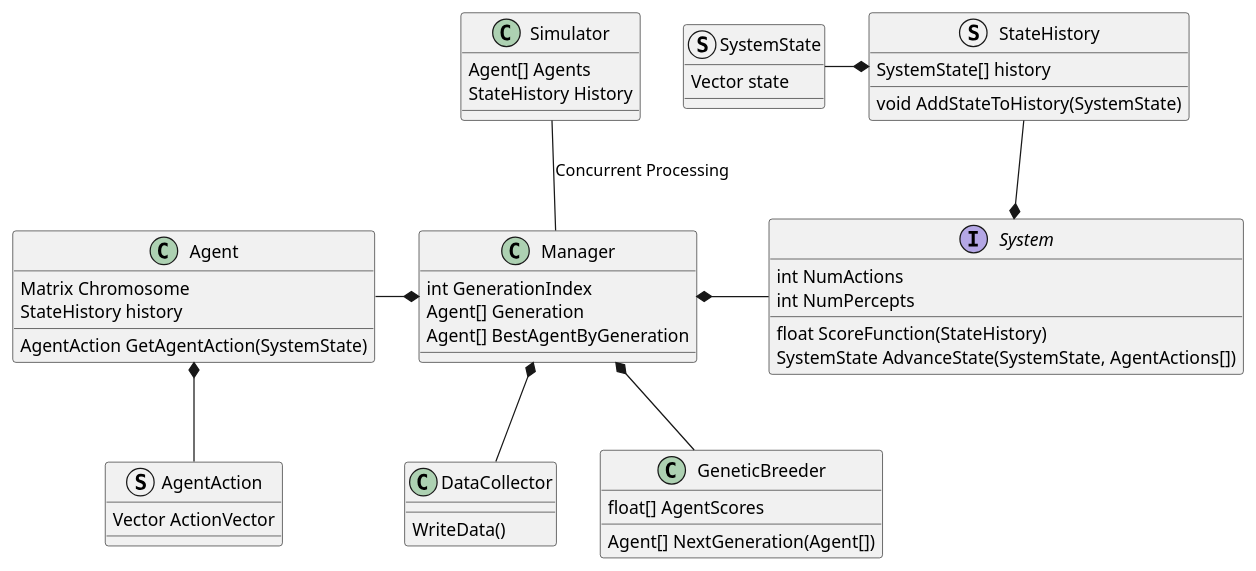
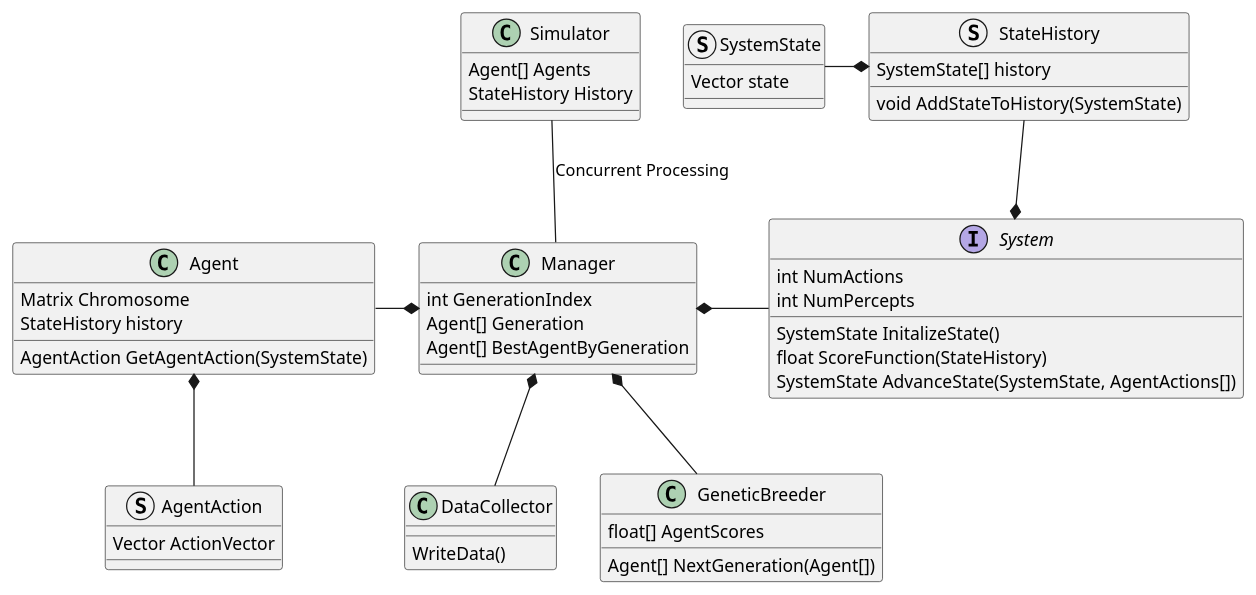
One commit to Otago-Computing-Students-Society/FoosballGeneticLearning changed the diagram in UML/ProjectPlan.puml. Above: the diagram before and after it, drawn with PlantUML.

Commit message:
Update UML with initalizestate function

```diff
--- a/UML/ProjectPlan.puml
+++ b/UML/ProjectPlan.puml
@@ -1,61 +1,62 @@
 @startuml ProjectPlan
 
 Class Agent {
     Matrix Chromosome
     StateHistory history
     AgentAction GetAgentAction(SystemState)
 }
 
 struct AgentAction {
     Vector ActionVector
 }
 
 interface System {
     int NumActions
     int NumPercepts
+    SystemState InitalizeState()
     float ScoreFunction(StateHistory)
     SystemState AdvanceState(SystemState, AgentActions[])
 }
 
 struct SystemState {
     Vector state
 }
 
 struct StateHistory {
     SystemState[] history
     void AddStateToHistory(SystemState)
 }
 
 class Manager {
     int GenerationIndex
     Agent[] Generation
     Agent[] BestAgentByGeneration
 }
 
 class Simulator {
     Agent[] Agents
     StateHistory History
 }
 
 class GeneticBreeder {
     float[] AgentScores
     Agent[] NextGeneration(Agent[])
 }
 
 class DataCollector {
     WriteData()
 }
 
 Agent -r-* Manager
 System -l-* Manager
 GeneticBreeder -u-* Manager
 DataCollector -u-* Manager
 
 Agent *-d- AgentAction
 
 System *-u- StateHistory
 StateHistory *-l- SystemState
 
 Simulator -d- Manager: Concurrent Processing
 
 @enduml
```
